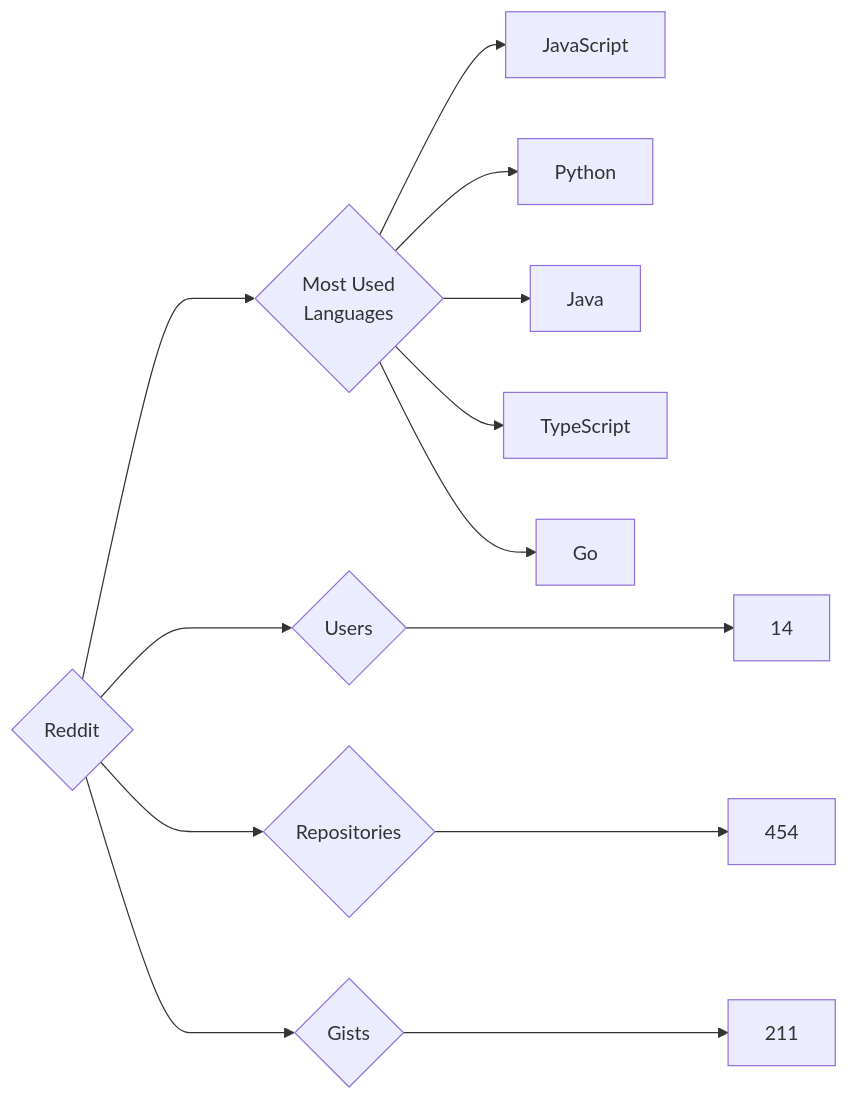
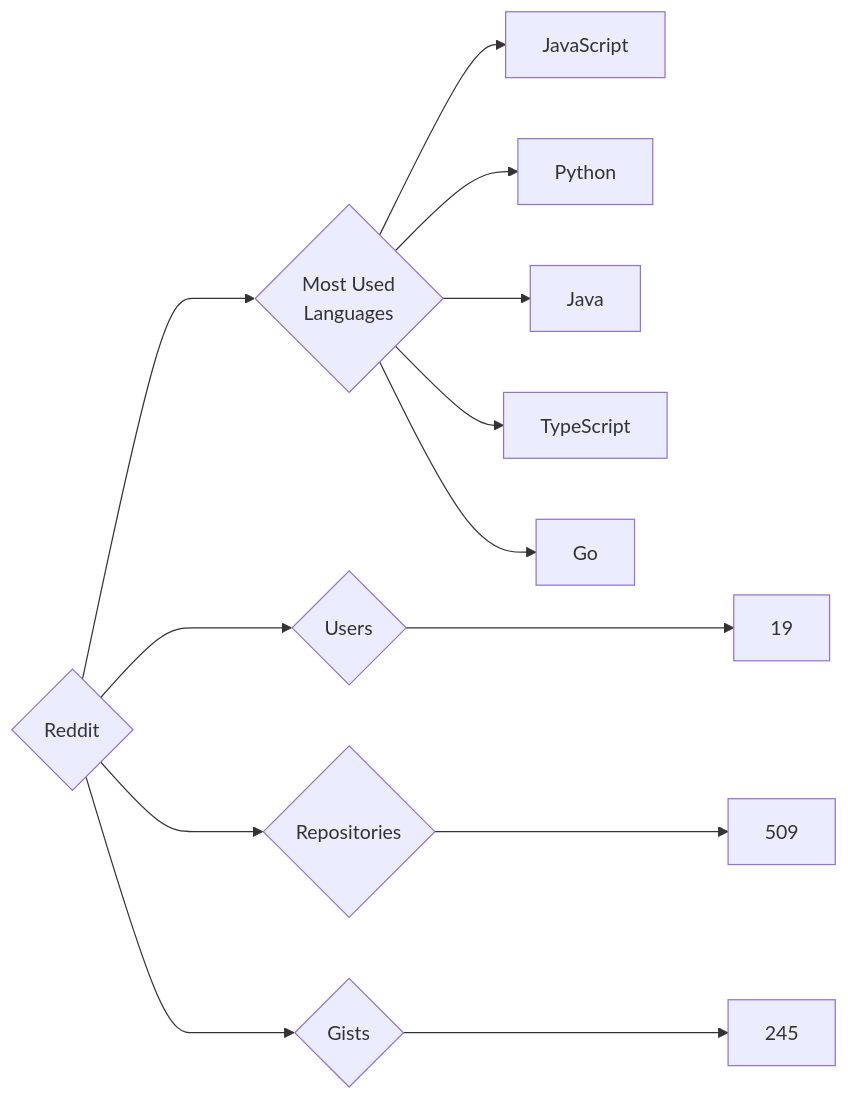
Before and after one commit to trickest/insiders: the diagram in targets/Reddit/README.md, drawn with Mermaid. The commit also changed 677 other files, not shown here.

````diff
--- a/targets/Reddit/README.md
+++ b/targets/Reddit/README.md
@@ -3,13 +3,13 @@
 ```mermaid
 graph LR
 COMPANY_NAME{Reddit}
-COMPANY_NAME ---> U{Users} ---> UN[14]
-COMPANY_NAME ---> R{Repositories} ---> RN[454]
-COMPANY_NAME ---> G{Gists} ---> GN[211]
+COMPANY_NAME ---> U{Users} ---> UN[19]
+COMPANY_NAME ---> R{Repositories} ---> RN[509]
+COMPANY_NAME ---> G{Gists} ---> GN[245]
 COMPANY_NAME ---> ML{Most Used<br>Languages}
 ML --> JavaScript[JavaScript]
 ML --> Python[Python]
 ML --> Java[Java]
 ML --> TypeScript[TypeScript]
 ML --> Go[Go]
 ```
````
